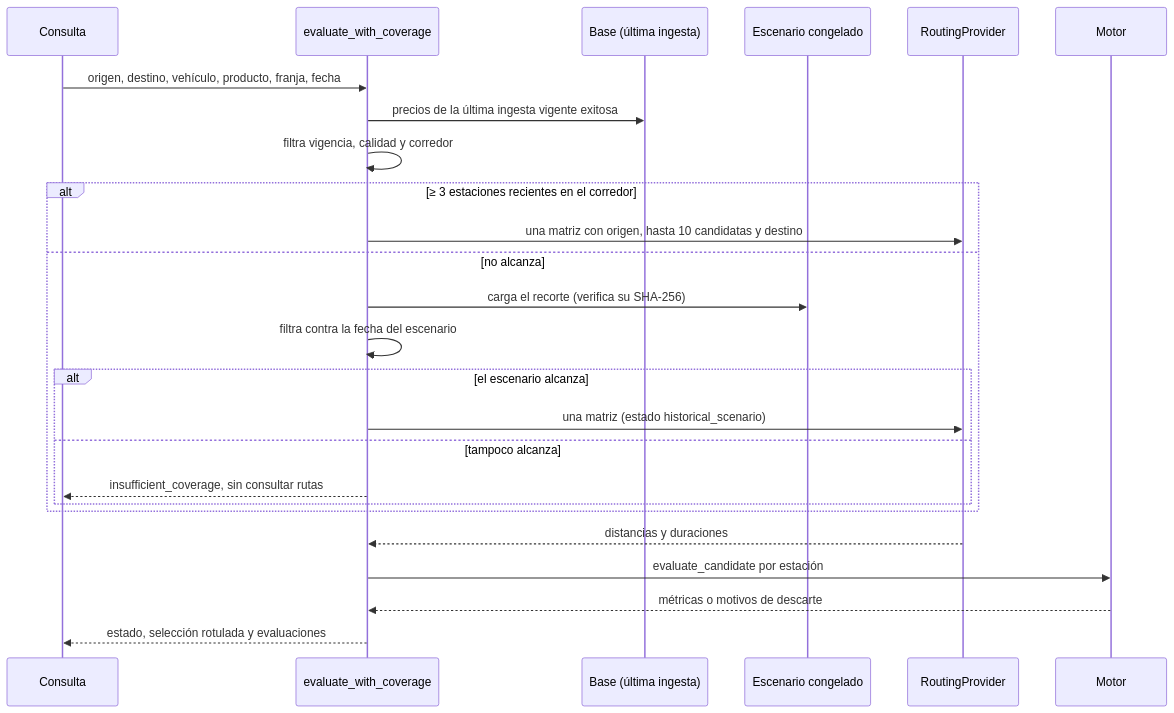
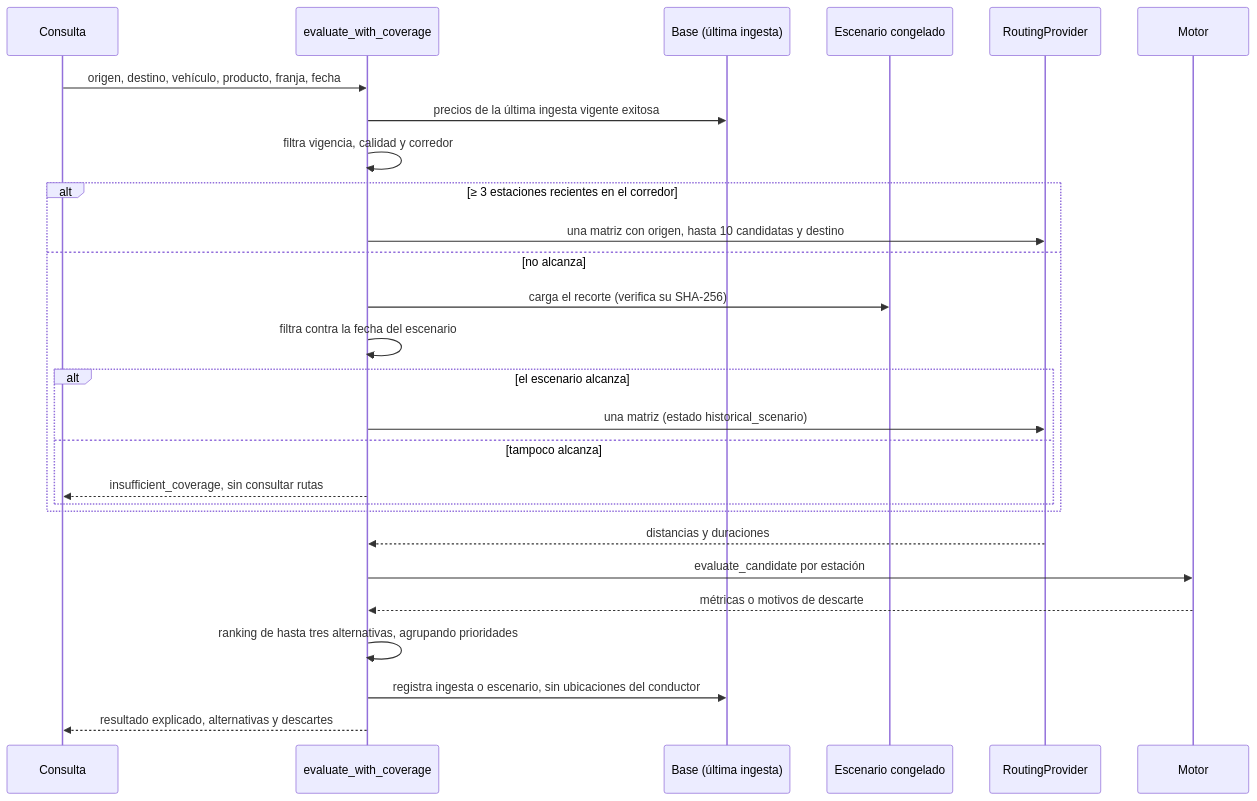
The second of 3 diagrams in docs/SRD.md (estanislaomolina/nafta2go), drawn with Mermaid before and after one commit. The commit also changed other lines of this file and 32 other files, not shown here.

````diff
--- a/docs/SRD.md
+++ b/docs/SRD.md
@@ -151,28 +155,30 @@
 ```mermaid
 sequenceDiagram
     participant C as Consulta
     participant A as evaluate_with_coverage
     participant DB as Base (última ingesta)
     participant E as Escenario congelado
     participant R as RoutingProvider
     participant M as Motor
 
     C->>A: origen, destino, vehículo, producto, franja, fecha
     A->>DB: precios de la última ingesta vigente exitosa
     A->>A: filtra vigencia, calidad y corredor
     alt ≥ 3 estaciones recientes en el corredor
         A->>R: una matriz con origen, hasta 10 candidatas y destino
     else no alcanza
         A->>E: carga el recorte (verifica su SHA-256)
         A->>A: filtra contra la fecha del escenario
         alt el escenario alcanza
             A->>R: una matriz (estado historical_scenario)
         else tampoco alcanza
             A-->>C: insufficient_coverage, sin consultar rutas
         end
     end
     R-->>A: distancias y duraciones
     A->>M: evaluate_candidate por estación
     M-->>A: métricas o motivos de descarte
-    A-->>C: estado, selección rotulada y evaluaciones
+    A->>A: ranking de hasta tres alternativas, agrupando prioridades
+    A->>DB: registra ingesta o escenario, sin ubicaciones del conductor
+    A-->>C: resultado explicado, alternativas y descartes
 ```
````
